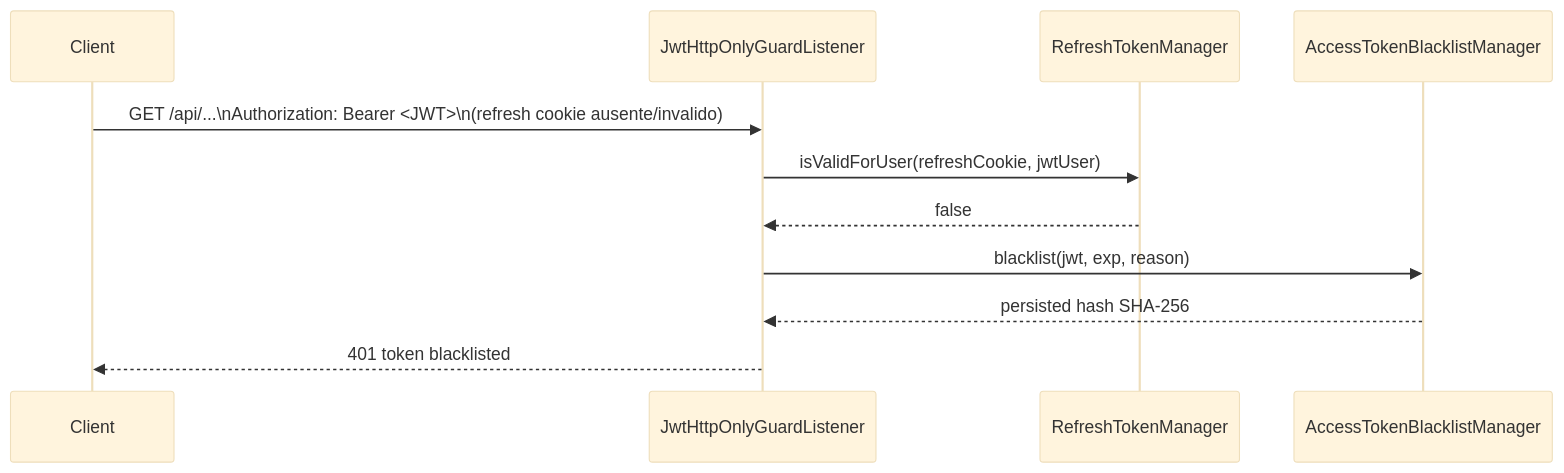
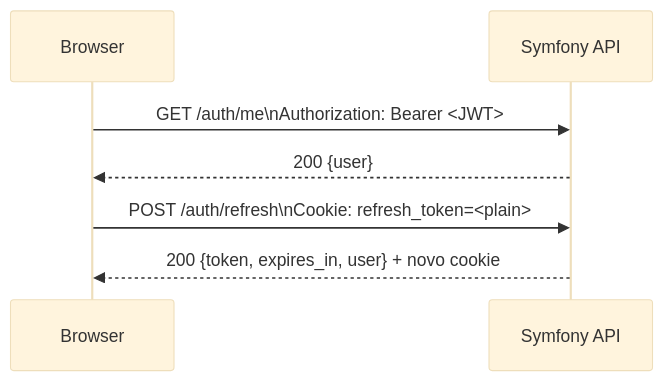
Before and after one commit to ferreis/OctoFlow: the second of 2 diagrams in OctoFlow/www/Docs/ACCESS TOKEN.md, drawn with Mermaid (base theme). The commit also changed other lines of this file and 12 other files, not shown here.

First line of the commit message:
refactor(auth): remover blacklist de access token e listener associado

````diff
--- a/OctoFlow/www/Docs/ACCESS TOKEN.md
+++ b/OctoFlow/www/Docs/ACCESS TOKEN.md
@@ -81,14 +81,11 @@
 ```mermaid
 sequenceDiagram
-    participant Client
-    participant Guard as JwtHttpOnlyGuardListener
-    participant Refresh as RefreshTokenManager
-    participant Blacklist as AccessTokenBlacklistManager
+    participant Browser
+    participant API as Symfony API
 
-    Client->>Guard: GET /api/...\nAuthorization: Bearer <JWT>\n(refresh cookie ausente/invalido)
-    Guard->>Refresh: isValidForUser(refreshCookie, jwtUser)
-    Refresh-->>Guard: false
-    Guard->>Blacklist: blacklist(jwt, exp, reason)
-    Blacklist-->>Guard: persisted hash SHA-256
-    Guard-->>Client: 401 token blacklisted
+    Browser->>API: GET /auth/me\nAuthorization: Bearer <JWT>
+    API-->>Browser: 200 {user}
+
+    Browser->>API: POST /auth/refresh\nCookie: refresh_token=<plain>
+    API-->>Browser: 200 {token, expires_in, user} + novo cookie
 ```
````
